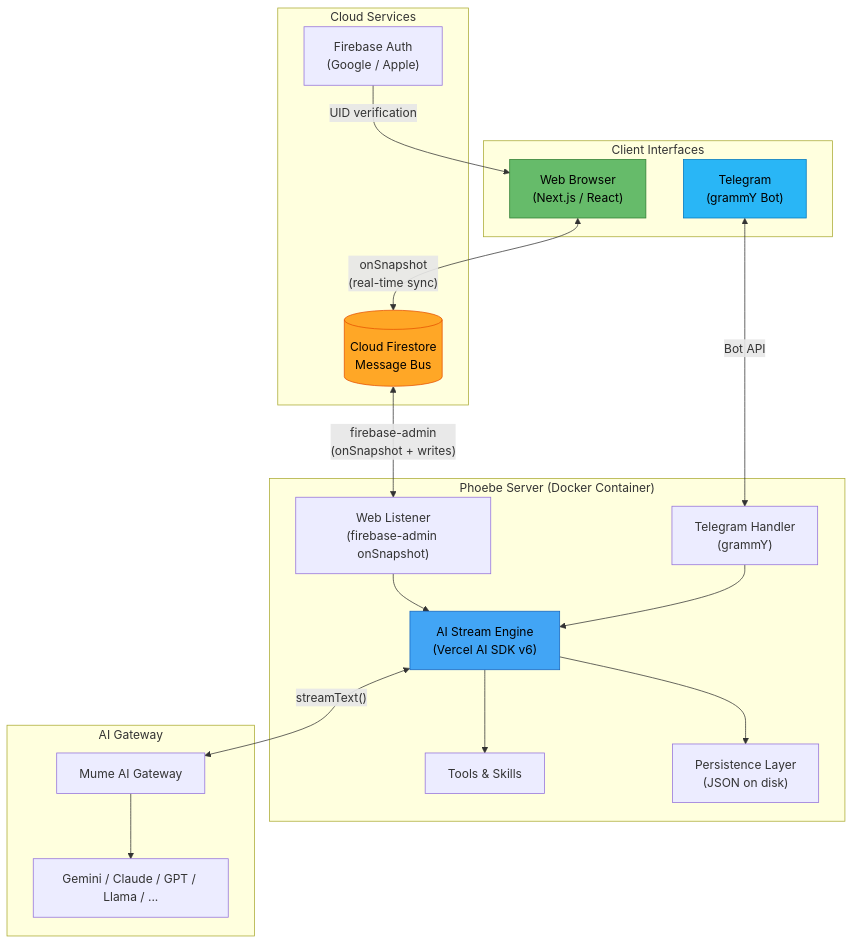
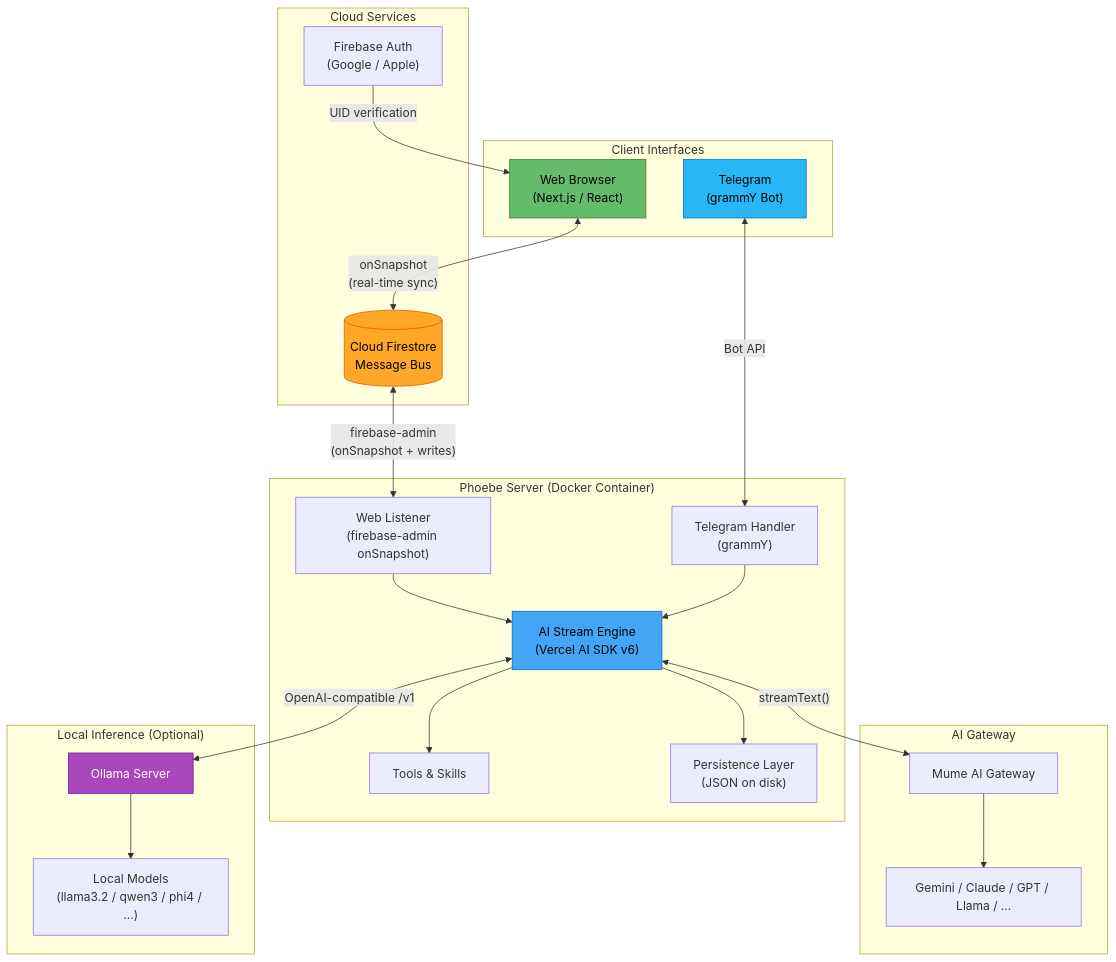
The first of 13 diagrams in ARCHITECTURE.md (muse-mesh/phoebe), drawn with Mermaid before and after one commit. The commit also changed other lines of this file and 11 other files, not shown here.

First line of the commit message:
feat: add Ollama local model support via OpenAI-compatible provider

````diff
--- a/ARCHITECTURE.md
+++ b/ARCHITECTURE.md
@@ -34,41 +34,49 @@
 ```mermaid
 graph TB
     subgraph "Client Interfaces"
         TG["Telegram<br/>(grammY Bot)"]
         WEB["Web Browser<br/>(Next.js / React)"]
     end
 
     subgraph "Cloud Services"
         FS[("Cloud Firestore<br/>Message Bus")]
         AUTH["Firebase Auth<br/>(Google / Apple)"]
     end
 
     subgraph "Phoebe Server (Docker Container)"
         LISTENER["Web Listener<br/>(firebase-admin onSnapshot)"]
         AI["AI Stream Engine<br/>(Vercel AI SDK v6)"]
         TOOLS["Tools & Skills"]
         TGBOT["Telegram Handler<br/>(grammY)"]
         PERSIST["Persistence Layer<br/>(JSON on disk)"]
     end
 
     subgraph "AI Gateway"
         OR["Mume AI Gateway"]
         MODELS["Gemini / Claude / GPT / Llama / ..."]
     end
 
+    subgraph "Local Inference (Optional)"
+        OLLAMA["Ollama Server"]
+        LOCAL["Local Models<br/>(llama3.2 / qwen3 / phi4 / ...)"]
+    end
+
     TG <-->|"Bot API"| TGBOT
     WEB <-->|"onSnapshot<br/>(real-time sync)"| FS
     FS <-->|"firebase-admin<br/>(onSnapshot + writes)"| LISTENER
     AUTH -->|"UID verification"| WEB
     LISTENER --> AI
     TGBOT --> AI
     AI <-->|"streamText()"| OR
     OR --> MODELS
+    AI <-->|"OpenAI-compatible /v1"| OLLAMA
+    OLLAMA --> LOCAL
     AI --> TOOLS
     AI --> PERSIST
 
     style FS fill:#FFA726,stroke:#E65100,color:#000
     style AI fill:#42A5F5,stroke:#1565C0,color:#000
     style WEB fill:#66BB6A,stroke:#2E7D32,color:#000
     style TG fill:#29B6F6,stroke:#0277BD,color:#000
+    style OLLAMA fill:#AB47BC,stroke:#6A1B9A,color:#FFF
 ```
````
